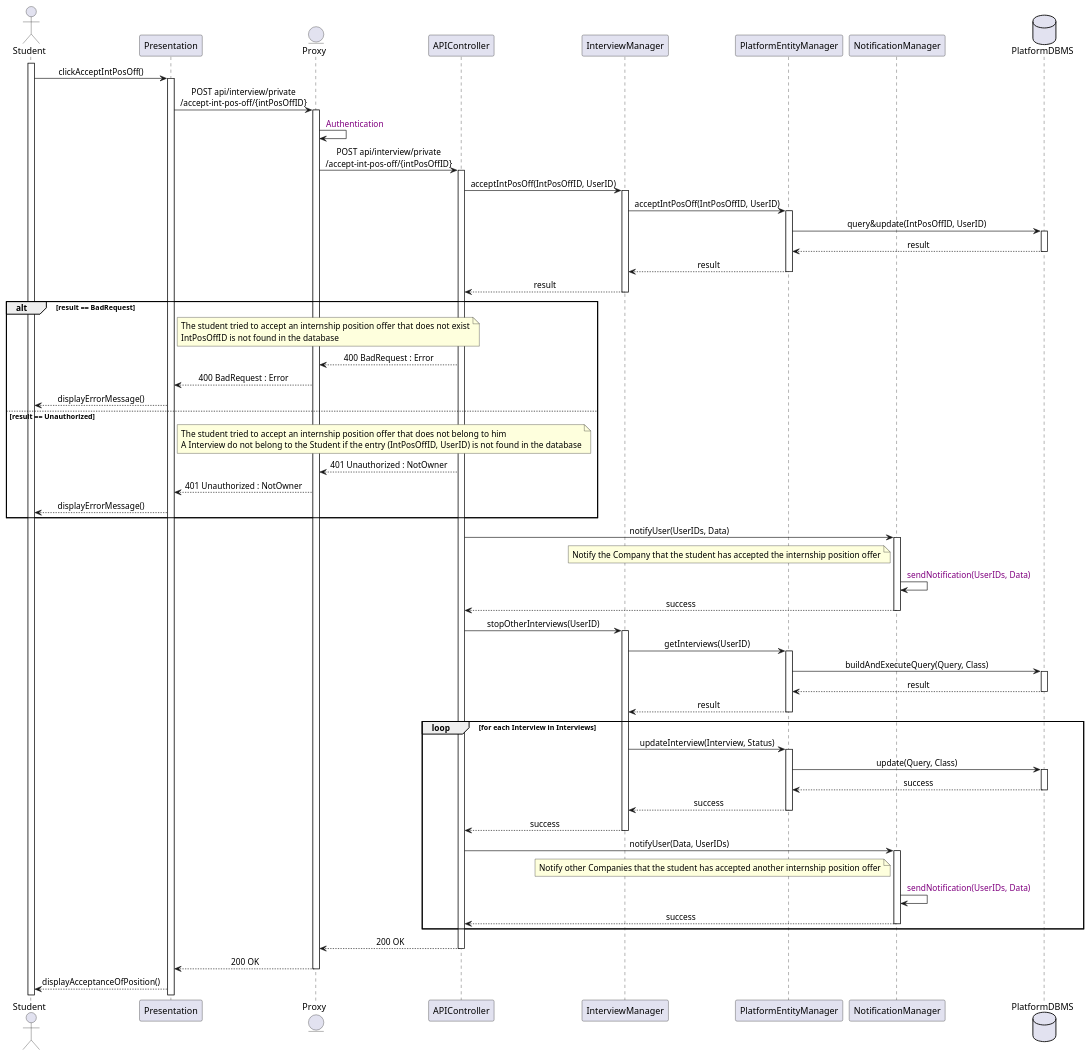
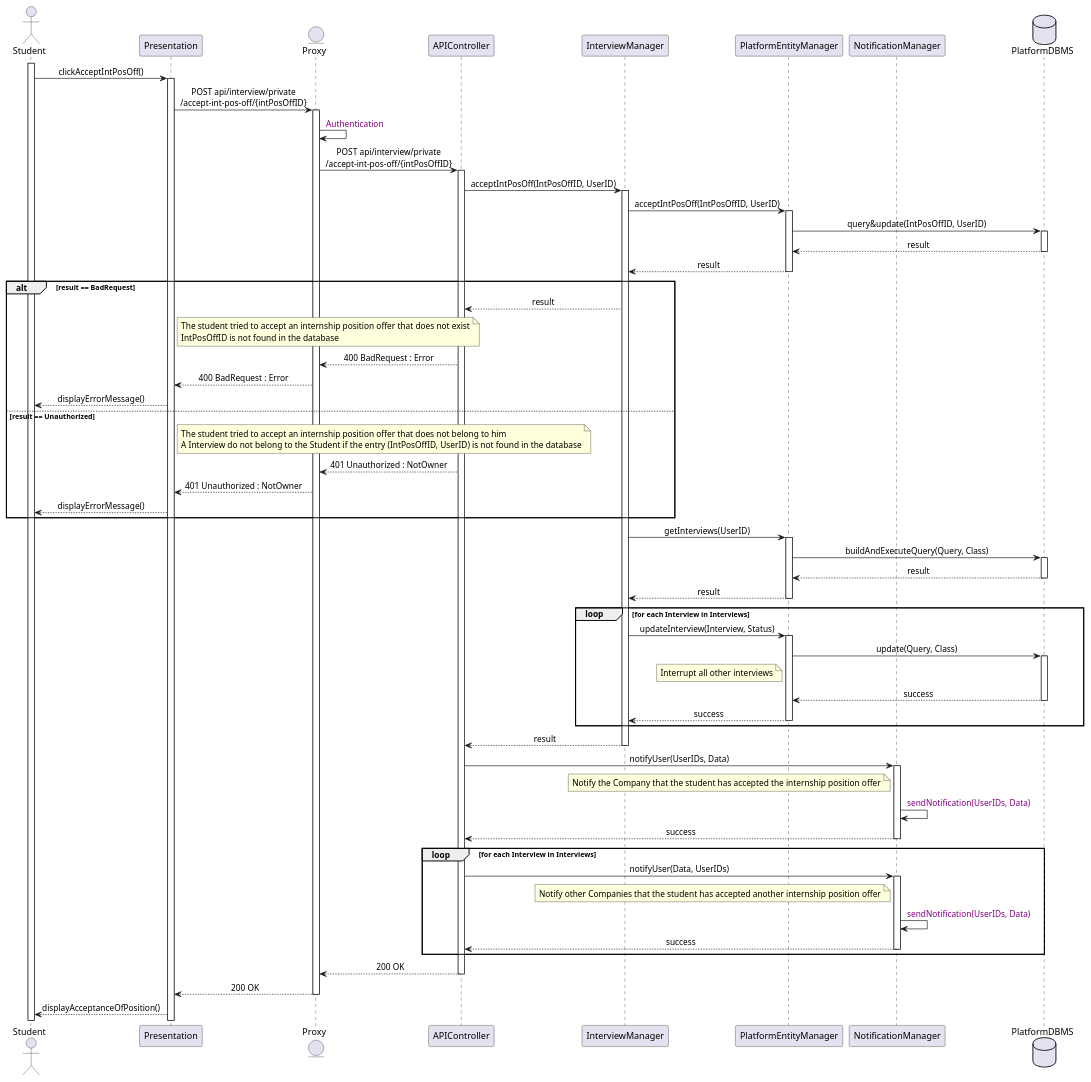
Before and after one commit to Slaitroc/RicciPaoliGrisoni: the diagram in Diagrams/SequenceDiagrams/DD/22StudentAcceptsInternshipPositionOffer.wsd, drawn with PlantUML. The commit also changed 5 other files, not shown here.

Commit message:
fix sequence diagram

```diff
--- a/Diagrams/SequenceDiagrams/DD/22StudentAcceptsInternshipPositionOffer.wsd
+++ b/Diagrams/SequenceDiagrams/DD/22StudentAcceptsInternshipPositionOffer.wsd
@@ -1,94 +1,97 @@
 @startuml 22StudentAcceptsInternshipPositionOffer
 skinparam sequenceMessageAlign center
 
 actor       Student
 participant Presentation
 entity Proxy
 participant APIController
 participant InterviewManager
 participant PlatformEntityManager
 participant NotificationManager
 database PlatformDBMS
 
 activate Student
 Student -> Presentation : clickAcceptIntPosOff()
 activate Presentation
 Presentation -> Proxy : POST api/interview/private\n/accept-int-pos-off/{intPosOffID}
 activate Proxy
 Proxy -> Proxy : <color:purple> Authentication
 Proxy -> APIController : POST api/interview/private\n/accept-int-pos-off/{intPosOffID}
 activate APIController
 '? I did not understand the isOwner(InterviewID, StudentID) method. I will assume that the student is the owner of the internship position offer.
 APIController -> InterviewManager : acceptIntPosOff(IntPosOffID, UserID)
 activate InterviewManager
 InterviewManager -> PlatformEntityManager : acceptIntPosOff(IntPosOffID, UserID)
 activate PlatformEntityManager
 PlatformEntityManager -> PlatformDBMS : query&update(IntPosOffID, UserID)
 activate PlatformDBMS
 PlatformDBMS --> PlatformEntityManager : result
 deactivate PlatformDBMS
 PlatformEntityManager --> InterviewManager : result
 deactivate PlatformEntityManager
-InterviewManager --> APIController : result
-deactivate InterviewManager
 alt result == BadRequest
+    InterviewManager --> APIController : result
     note right of Presentation
         The student tried to accept an internship position offer that does not exist
         IntPosOffID is not found in the database
     end note
     APIController --> Proxy : 400 BadRequest : Error
     Proxy --> Presentation : 400 BadRequest : Error
     Presentation --> Student : displayErrorMessage()
 else result == Unauthorized
     note right of Presentation
         The student tried to accept an internship position offer that does not belong to him
         A Interview do not belong to the Student if the entry (IntPosOffID, UserID) is not found in the database
     end note
     APIController --> Proxy : 401 Unauthorized : NotOwner
     Proxy --> Presentation : 401 Unauthorized : NotOwner
     Presentation --> Student : displayErrorMessage()
 end
-APIController -> NotificationManager : notifyUser(UserIDs, Data)
-activate NotificationManager
-note left of NotificationManager
-    Notify the Company that the student has accepted the internship position offer
-end note
-NotificationManager -> NotificationManager : <color:purple> sendNotification(UserIDs, Data)
-NotificationManager --> APIController : success
-deactivate NotificationManager
-APIController -> InterviewManager : stopOtherInterviews(UserID)
-activate InterviewManager
 InterviewManager -> PlatformEntityManager : getInterviews(UserID)
 activate PlatformEntityManager
 PlatformEntityManager -> PlatformDBMS : buildAndExecuteQuery(Query, Class)
 activate PlatformDBMS
 PlatformDBMS --> PlatformEntityManager : result
 deactivate PlatformDBMS
 PlatformEntityManager --> InterviewManager : result
 deactivate PlatformEntityManager
 loop for each Interview in Interviews
     InterviewManager -> PlatformEntityManager : updateInterview(Interview, Status)
     activate PlatformEntityManager
     PlatformEntityManager -> PlatformDBMS : update(Query, Class)
     activate PlatformDBMS
+    note left of PlatformEntityManager
+        Interrupt all other interviews
+    end note
     PlatformDBMS --> PlatformEntityManager : success
     deactivate PlatformDBMS
     PlatformEntityManager --> InterviewManager : success
     deactivate PlatformEntityManager
-    InterviewManager --> APIController : success
-    deactivate InterviewManager
+end
+InterviewManager --> APIController : result
+deactivate InterviewManager
+APIController -> NotificationManager : notifyUser(UserIDs, Data)
+activate NotificationManager
+note left of NotificationManager
+    Notify the Company that the student has accepted the internship position offer
+end note
+NotificationManager -> NotificationManager : <color:purple> sendNotification(UserIDs, Data)
+NotificationManager --> APIController : success
+deactivate NotificationManager
+
+loop for each Interview in Interviews
     APIController -> NotificationManager : notifyUser(Data, UserIDs)
     activate NotificationManager
     note left of NotificationManager
         Notify other Companies that the student has accepted another internship position offer
     end note
     NotificationManager -> NotificationManager : <color:purple> sendNotification(UserIDs, Data)
     NotificationManager --> APIController : success
     deactivate NotificationManager
 end
 APIController --> Proxy : 200 OK
 deactivate APIController
 Proxy --> Presentation : 200 OK
 deactivate Proxy
 Presentation --> Student : displayAcceptanceOfPosition()
 @enduml
```
